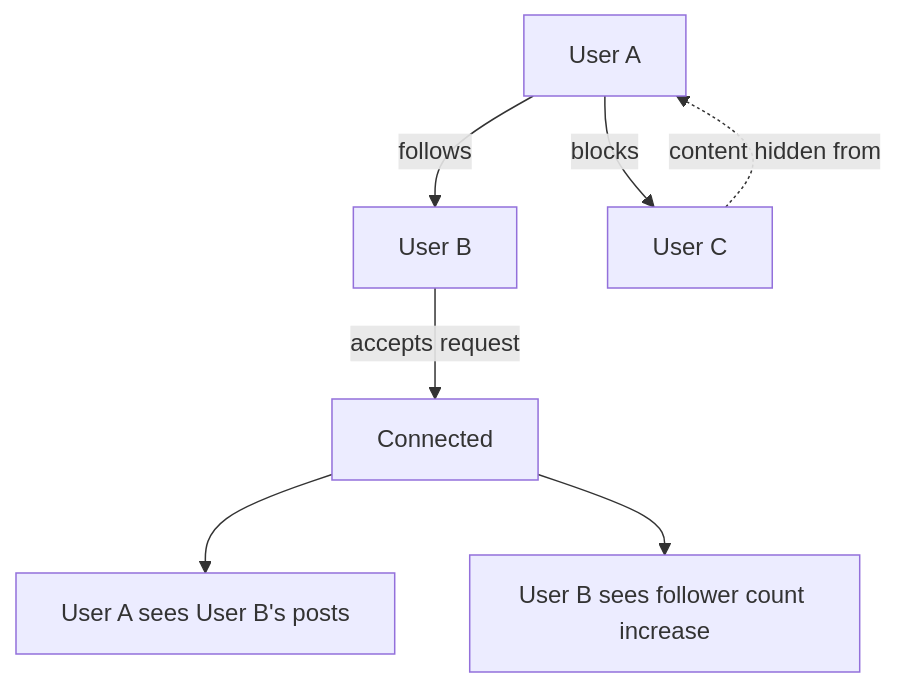
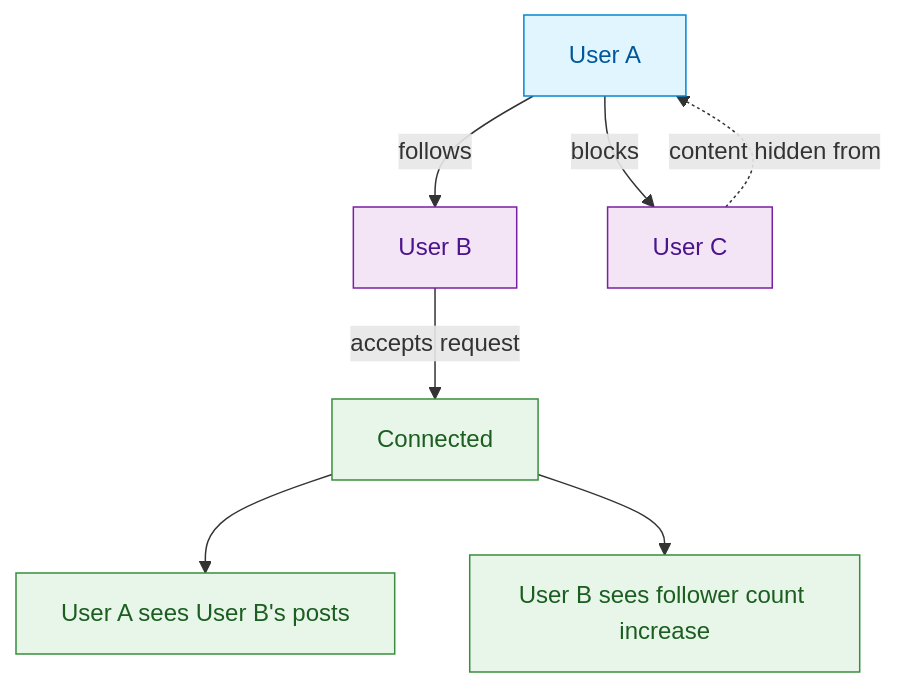
Before and after one commit to AmityCo/social-plus-docs: the diagram in use-cases/social/user-profiles-and-social-graph.mdx, drawn with Mermaid. The commit also changed other lines of this file and 26 other files, not shown here.

````diff
--- a/use-cases/social/user-profiles-and-social-graph.mdx
+++ b/use-cases/social/user-profiles-and-social-graph.mdx
@@ -37,9 +35,18 @@
 ```mermaid
 graph TD
     A[User A] -->|follows| B[User B]
     B -->|accepts request| C[Connected]
     A -->|blocks| D[User C]
     D -.->|content hidden from| A
     C --> E[User A sees User B's posts]
     C --> F[User B sees follower count increase]
+
+    classDef action fill:#e1f5fe,stroke:#0288d1,color:#01579b
+    classDef decision fill:#fff8e1,stroke:#f9a825,color:#f57f17
+    classDef process fill:#f3e5f5,stroke:#7b1fa2,color:#4a148c
+    classDef outcome fill:#e8f5e9,stroke:#388e3c,color:#1b5e20
+
+    class A action
+    class B,D process
+    class C,E,F outcome
 ```
````
